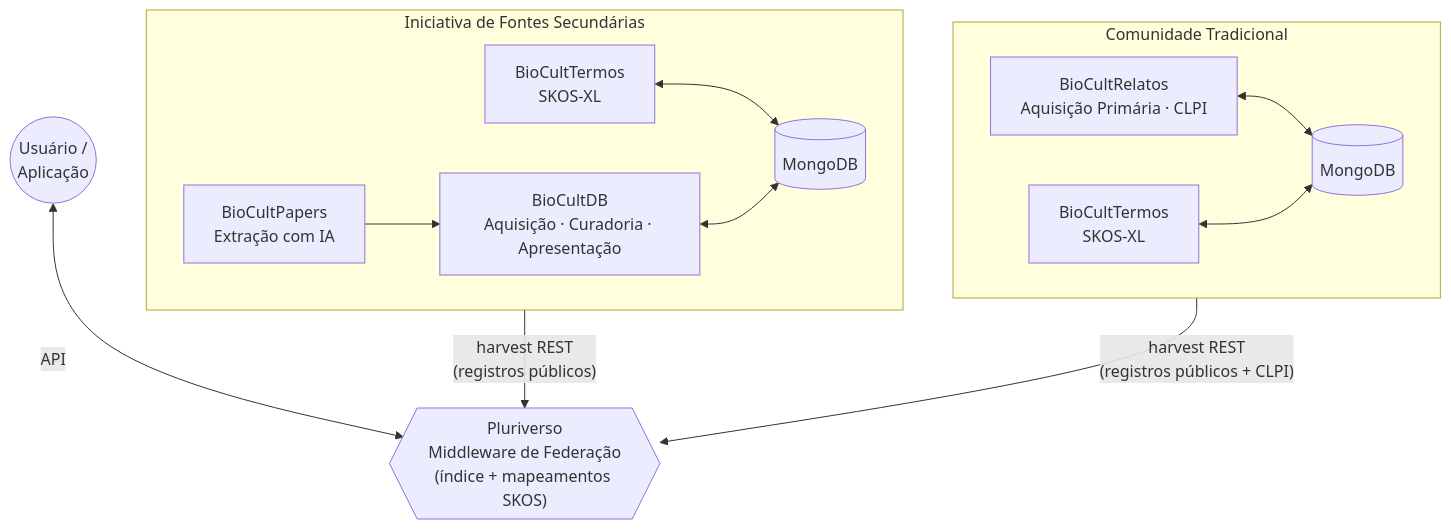
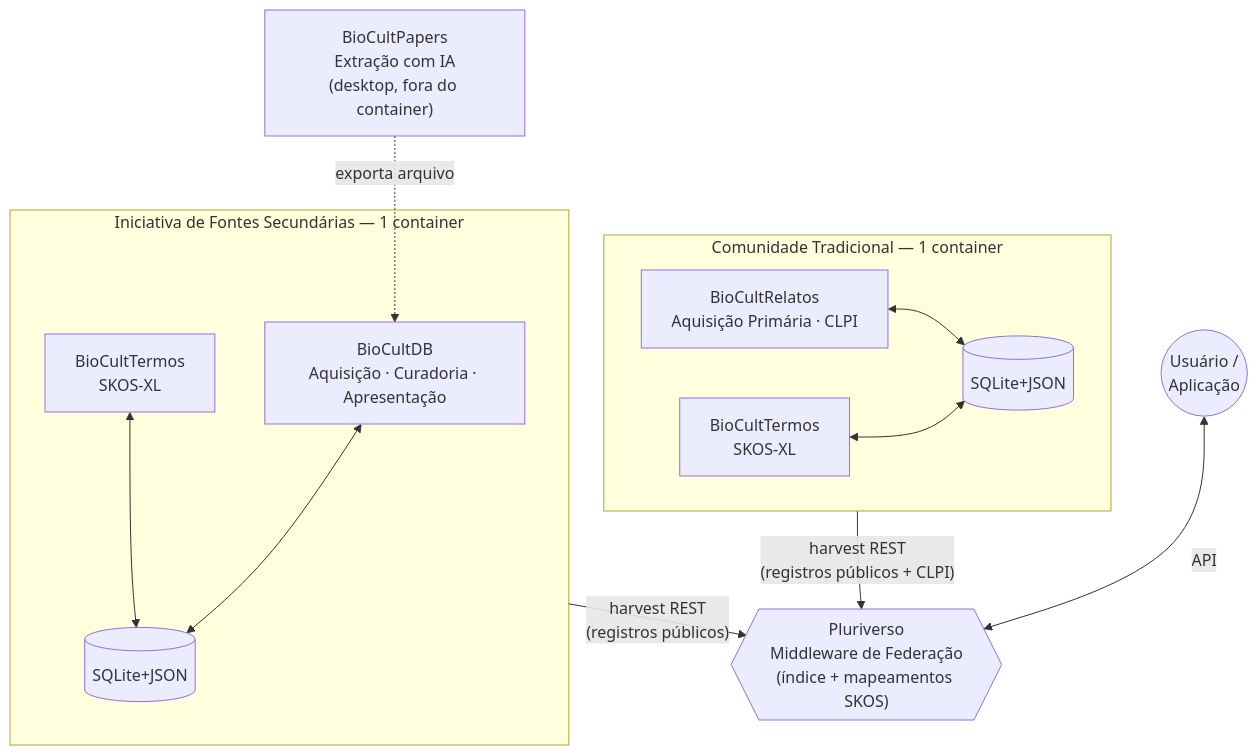
The second of 4 diagrams in README.md (edalcin/Arquitetura-BioCultural), drawn with Mermaid before and after one commit. The commit also changed other lines of this file and 13 other files, not shown here.

First line of the commit message:
docs: arquitetura v3.1 - persistencia SQLite com JSON por unidade (ADR-005)

````diff
--- a/README.md
+++ b/README.md
@@ -277,20 +280,23 @@
 ```mermaid
 graph TD
-    subgraph I1["Iniciativa de Fontes Secundárias"]
-        EP["BioCultPapers\nExtração com IA"] --> EDB["BioCultDB\nAquisição · Curadoria · Apresentação"]
-        ET1["BioCultTermos\nSKOS-XL"] <--> MDB1[("MongoDB")]
-        EDB <--> MDB1
+    EP["BioCultPapers\nExtração com IA\n(desktop, fora do container)"]
+
+    subgraph I1["Iniciativa de Fontes Secundárias — 1 container"]
+        EDB["BioCultDB\nAquisição · Curadoria · Apresentação"] <--> UDB1[("SQLite+JSON")]
+        ET1["BioCultTermos\nSKOS-XL"] <--> UDB1
     end
 
-    subgraph C2["Comunidade Tradicional"]
-        ER["BioCultRelatos\nAquisição Primária · CLPI"] <--> MDB2[("MongoDB")]
-        ET2["BioCultTermos\nSKOS-XL"] <--> MDB2
+    EP -.->|"exporta arquivo"| EDB
+
+    subgraph C2["Comunidade Tradicional — 1 container"]
+        ER["BioCultRelatos\nAquisição Primária · CLPI"] <--> UDB2[("SQLite+JSON")]
+        ET2["BioCultTermos\nSKOS-XL"] <--> UDB2
     end
 
     PL{{"Pluriverso\nMiddleware de Federação\n(índice + mapeamentos SKOS)"}}
     U((Usuário /\nAplicação))
 
     I1 -->|"harvest REST\n(registros públicos)"| PL
     C2 -->|"harvest REST\n(registros públicos + CLPI)"| PL
     U <-->|API| PL
 ```
````
